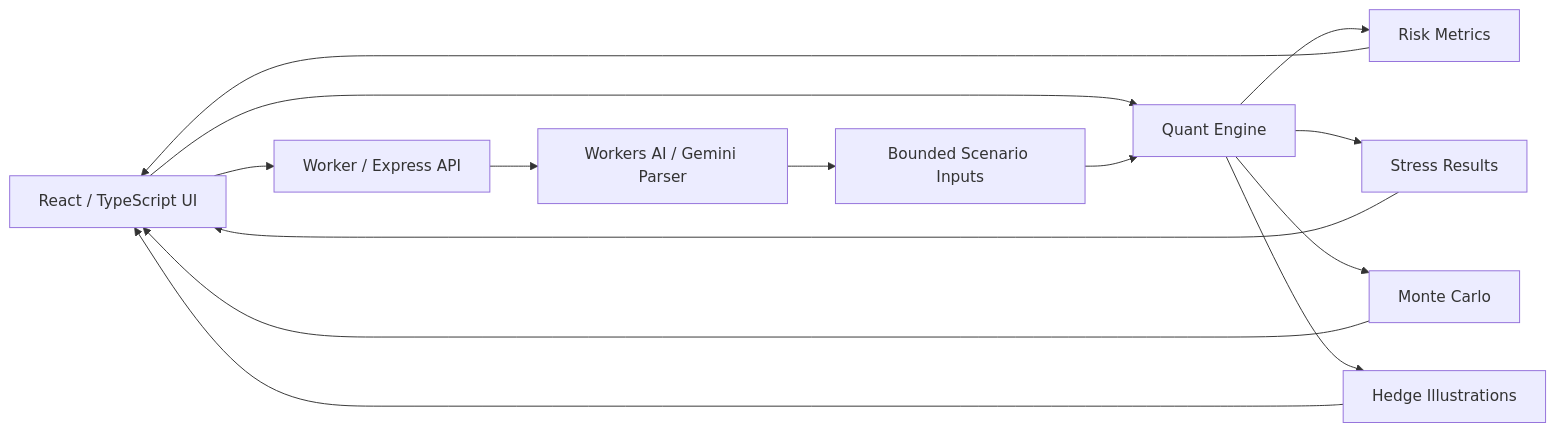
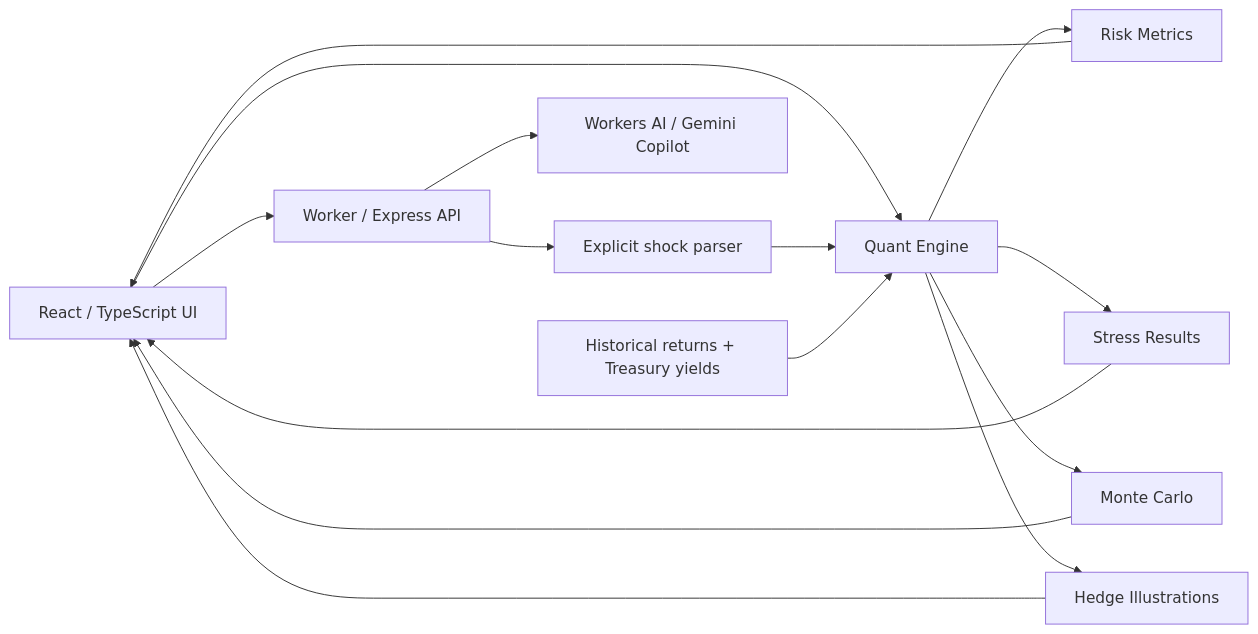
Before and after one commit to randeepgupta/risklab: the diagram in README.md, drawn with Mermaid. The commit also changed other lines of this file and 74 other files, not shown here.

````diff
--- a/README.md
+++ b/README.md
@@ -47,16 +47,17 @@
 ```mermaid
 flowchart LR
     UI[React / TypeScript UI] --> API[Worker / Express API]
     UI --> QE[Quant Engine]
-    API --> AI[Workers AI / Gemini Parser]
-    AI --> B[Bounded Scenario Inputs]
+    API --> B[Explicit shock parser]
     B --> QE
+    HIST[Historical returns + Treasury yields] --> QE
+    API --> AI[Workers AI / Gemini Copilot]
     QE --> R[Risk Metrics]
     QE --> S[Stress Results]
     QE --> M[Monte Carlo]
     QE --> H[Hedge Illustrations]
     R --> UI
     S --> UI
     M --> UI
     H --> UI
 ```
````
